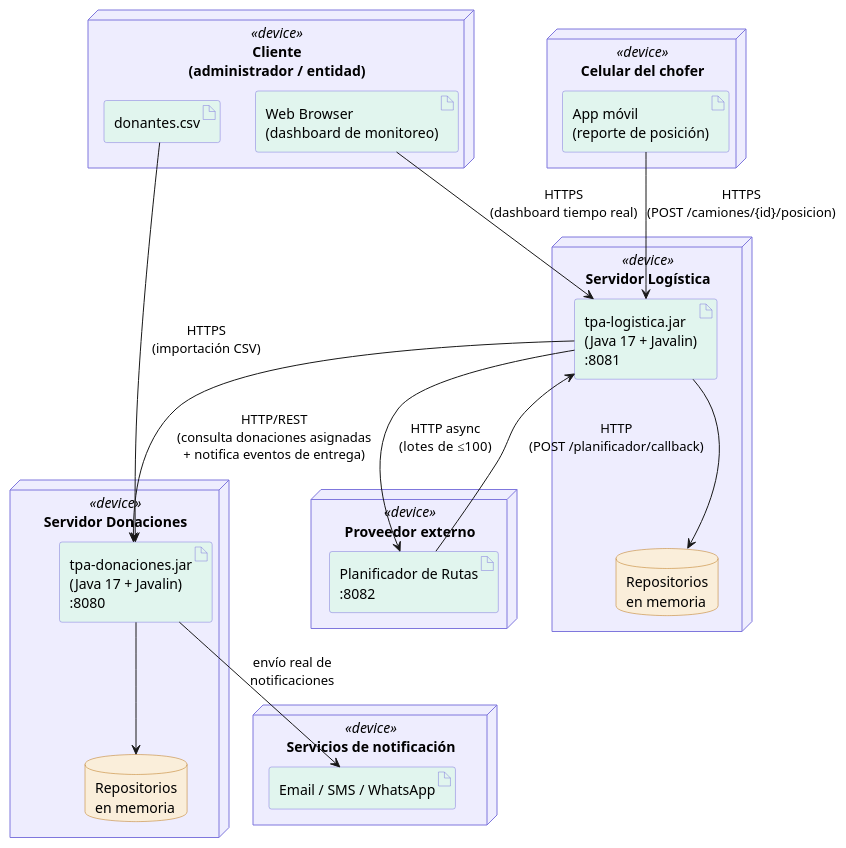
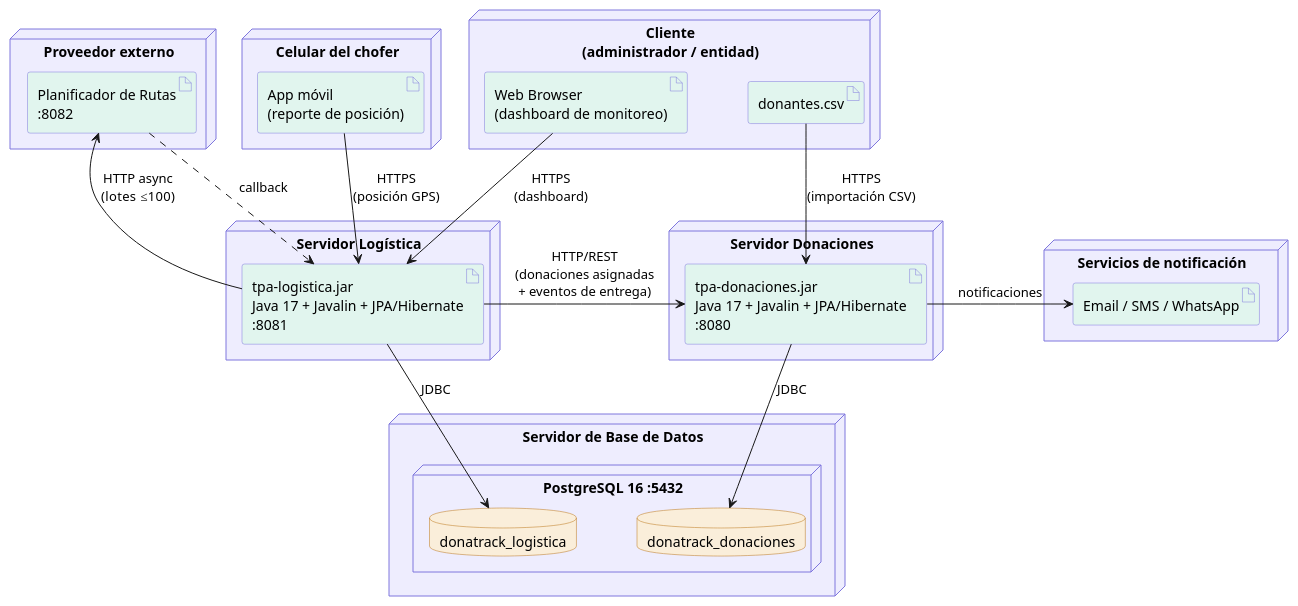
One commit to ConstanzaSerra/tpa-entrega-1 changed the diagram in docs/diagrama-despliegue.puml. Above: the diagram before and after it, drawn with PlantUML. The commit also changed 2 other files, not shown here.

Commit message:
actualizo los diagramas y el pom.xml

```diff
--- a/docs/diagrama-despliegue.puml
+++ b/docs/diagrama-despliegue.puml
@@ -1,75 +1,67 @@
 @startuml DonaTrack_Despliegue
 
-' Diagrama de despliegue - TPA2 DonaTrack
-' Refleja la division en DOS microservicios independientes (enunciado TPA2:
-' "se solicita que se divida al sistema en, inicialmente, dos microservicios",
-' integracion via HTTP/REST). Cada servidor corre un proyecto Maven autocontenido.
-
 skinparam backgroundColor #FFFFFF
+skinparam nodesep 60
+skinparam ranksep 70
 skinparam node {
  BackgroundColor #EEEDFE
  BorderColor #7F77DD
  FontColor #000000
 }
 skinparam artifact {
  BackgroundColor #E1F5EE
  BorderColor #7F77DD
  FontColor #000000
 }
 skinparam database {
  BackgroundColor #FAEEDA
  BorderColor #BA7517
  FontColor #000000
 }
-skinparam note {
- BackgroundColor #FFF9E6
- BorderColor #BA7517
+
+node "Cliente\n(administrador / entidad)" as nCliente {
+ artifact "donantes.csv" as csv
+ artifact "Web Browser\n(dashboard de monitoreo)" as browser
 }
 
-' --- Actores / dispositivos externos ---
-node "Cliente\n(administrador / entidad)" <<device>> {
- artifact "Web Browser\n(dashboard de monitoreo)" as browser
- artifact "donantes.csv" as csv
-}
-
-node "Celular del chofer" <<device>> {
+node "Celular del chofer" as nCelular {
  artifact "App móvil\n(reporte de posición)" as appMovil
 }
 
-' --- Microservicio 1 ---
-node "Servidor Donaciones" <<device>> {
- artifact "tpa-donaciones.jar\n(Java 17 + Javalin)\n:8080" as donaciones
- database "Repositorios\nen memoria" as dbDonaciones
+node "Servicios de notificación" as nNotif {
+ artifact "Email / SMS / WhatsApp" as canales
 }
 
-' --- Microservicio 2 ---
-node "Servidor Logística" <<device>> {
- artifact "tpa-logistica.jar\n(Java 17 + Javalin)\n:8081" as logistica
- database "Repositorios\nen memoria" as dbLogistica
+node "Servidor Donaciones" as nDonaciones {
+ artifact "tpa-donaciones.jar\nJava 17 + Javalin + JPA/Hibernate\n:8080" as donaciones
 }
 
-' --- Terceros ---
-node "Proveedor externo" <<device>> {
+node "Servidor Logística" as nLogistica {
+ artifact "tpa-logistica.jar\nJava 17 + Javalin + JPA/Hibernate\n:8081" as logistica
+}
+
+node "Proveedor externo" as nPlanif {
  artifact "Planificador de Rutas\n:8082" as planificador
 }
 
-node "Servicios de notificación" <<device>> {
- artifact "Email / SMS / WhatsApp" as canales
+node "Servidor de Base de Datos" as nDb {
+ node "PostgreSQL 16 :5432" {
+  database "donatrack_donaciones" as dbDonaciones
+  database "donatrack_logistica" as dbLogistica
+ }
 }
 
+csv      -down-> donaciones : HTTPS\n(importación CSV)
+browser  -down-> logistica  : HTTPS\n(dashboard)
+appMovil -down-> logistica  : HTTPS\n(posición GPS)
 
-' --- Conexiones ---
-csv      --> donaciones  : HTTPS\n(importación CSV)
-browser  --> logistica   : HTTPS\n(dashboard tiempo real)
-appMovil --> logistica   : HTTPS\n(POST /camiones/{id}/posicion)
+logistica -left-> donaciones : HTTP/REST\n(donaciones asignadas\n+ eventos de entrega)
+donaciones -left-> canales   : notificaciones
 
-logistica --> donaciones  : HTTP/REST\n(consulta donaciones asignadas\n+ notifica eventos de entrega)
-logistica --> planificador : HTTP async\n(lotes de ≤100)
-planificador --> logistica : HTTP\n(POST /planificador/callback)
+logistica -right-> planificador : HTTP async\n(lotes ≤100)
+planificador ..> logistica      : callback
 
-donaciones --> canales : envío real de\nnotificaciones
-
-donaciones --> dbDonaciones
-logistica  --> dbLogistica
+donaciones -down-> dbDonaciones : JDBC
+logistica  -down-> dbLogistica  : JDBC
 
 @enduml
```
